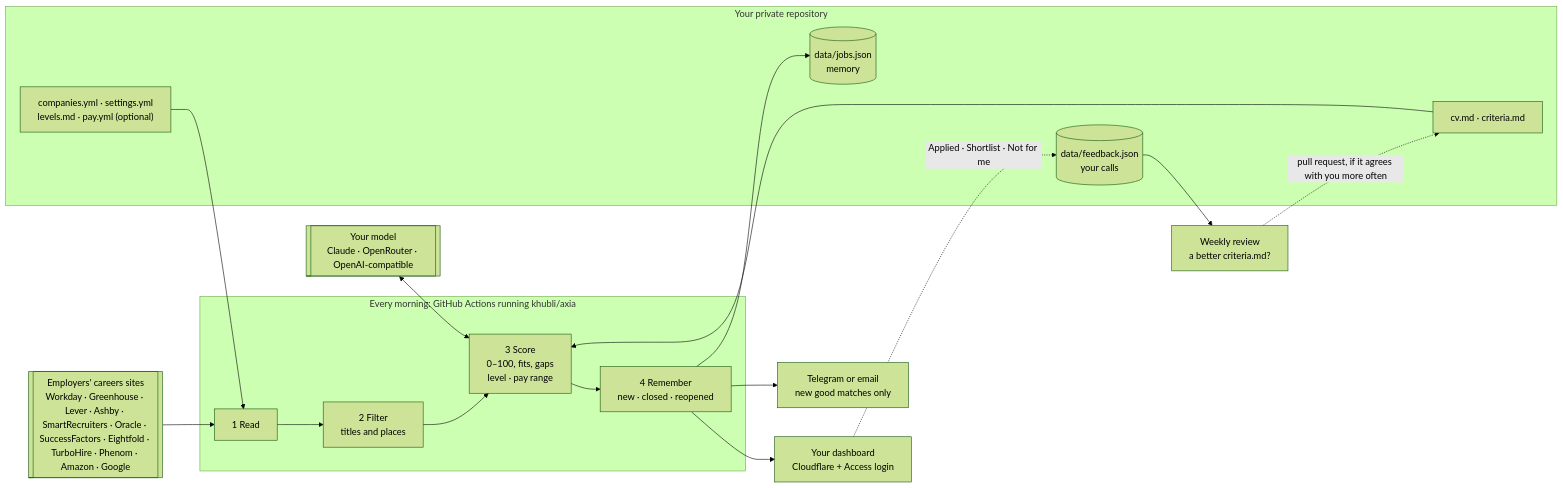
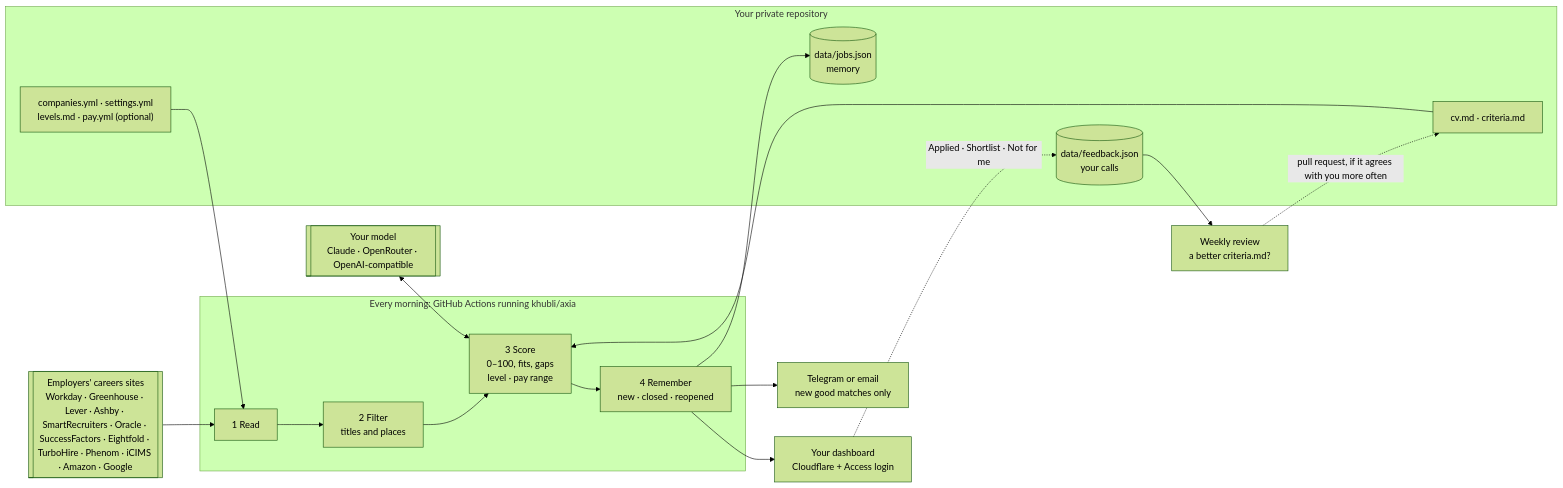
One commit to khubli/axia changed the diagram in docs/how-it-works.md. Above: the diagram before and after it, drawn with Mermaid (forest theme). The commit also changed other lines of this file and 13 other files, not shown here.

First line of the commit message:
Read iCIMS (Jibe) career sites and D. E. Shaw (1.17.0)

````diff
--- a/docs/how-it-works.md
+++ b/docs/how-it-works.md
@@ -5,24 +5,24 @@
 ```mermaid
 flowchart LR
   subgraph you["Your private repository"]
     cfg["companies.yml · settings.yml<br/>levels.md · pay.yml (optional)"]
     cv["cv.md · criteria.md"]
     mem[("data/jobs.json<br/>memory")]
     fb[("data/feedback.json<br/>your calls")]
   end
-  sites[["Employers' careers sites<br/>Workday · Greenhouse · Lever · Ashby · SmartRecruiters · Oracle · SuccessFactors · Eightfold · TurboHire · Phenom · Amazon · Google"]]
+  sites[["Employers' careers sites<br/>Workday · Greenhouse · Lever · Ashby · SmartRecruiters · Oracle · SuccessFactors · Eightfold · TurboHire · Phenom · iCIMS · Amazon · Google"]]
   model[["Your model<br/>Claude · OpenRouter · OpenAI-compatible"]]
   subgraph run["Every morning: GitHub Actions running khubli/axia"]
     read["1 Read"] --> filter["2 Filter<br/>titles and places"] --> score["3 Score<br/>0–100, fits, gaps<br/>level · pay range"] --> remember["4 Remember<br/>new · closed · reopened"]
   end
   cfg --> read
   sites --> read
   cv --> score
   model <--> score
   remember --> mem
   remember --> dash["Your dashboard<br/>Cloudflare + Access login"]
   remember --> msg["Telegram or email<br/>new good matches only"]
   dash -. "Applied · Shortlist · Not for me" .-> fb
   fb --> review["Weekly review<br/>a better criteria.md?"]
   review -. "pull request, if it agrees with you more often" .-> cv
 ```
````
